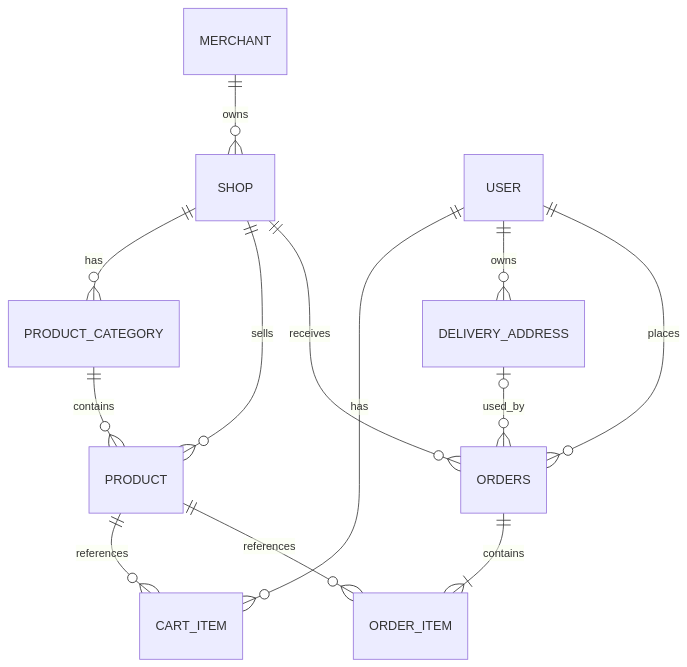
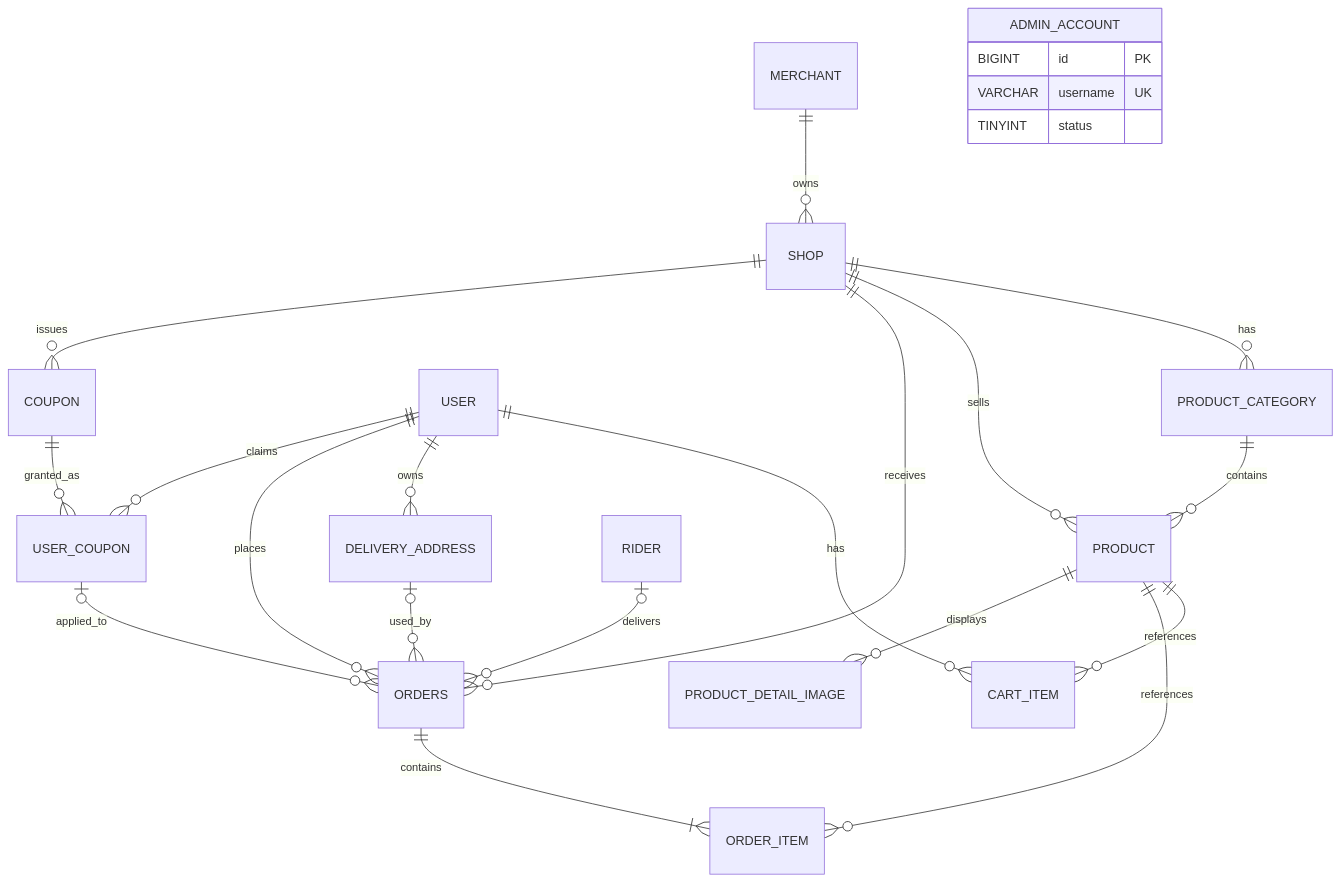
The diagram in docs/database/er-diagram.md (zhipeng-yu/elm-lite-platform), drawn with Mermaid before and after one commit. The commit also changed other lines of this file and 3 other files, not shown here.

Commit message:
docs: align delivery guide and schema with V1 through V7

````diff
--- a/docs/database/er-diagram.md
+++ b/docs/database/er-diagram.md
@@ -21,18 +23,29 @@
 ```mermaid
 erDiagram
     MERCHANT ||--o{ SHOP : owns
     SHOP ||--o{ PRODUCT_CATEGORY : has
     SHOP ||--o{ PRODUCT : sells
     PRODUCT_CATEGORY ||--o{ PRODUCT : contains
 
     USER ||--o{ CART_ITEM : has
     PRODUCT ||--o{ CART_ITEM : references
 
     USER ||--o{ DELIVERY_ADDRESS : owns
     USER ||--o{ ORDERS : places
     SHOP ||--o{ ORDERS : receives
     DELIVERY_ADDRESS |o--o{ ORDERS : used_by
 
     ORDERS ||--|{ ORDER_ITEM : contains
     PRODUCT ||--o{ ORDER_ITEM : references
+    PRODUCT ||--o{ PRODUCT_DETAIL_IMAGE : displays
+    SHOP ||--o{ COUPON : issues
+    USER ||--o{ USER_COUPON : claims
+    COUPON ||--o{ USER_COUPON : granted_as
+    USER_COUPON |o--o{ ORDERS : applied_to
+    RIDER |o--o{ ORDERS : delivers
+    ADMIN_ACCOUNT {
+        BIGINT id PK
+        VARCHAR username UK
+        TINYINT status
+    }
 ```
````
